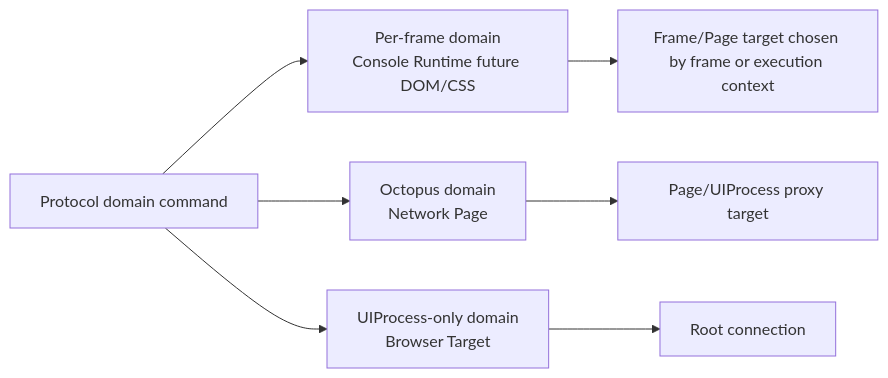
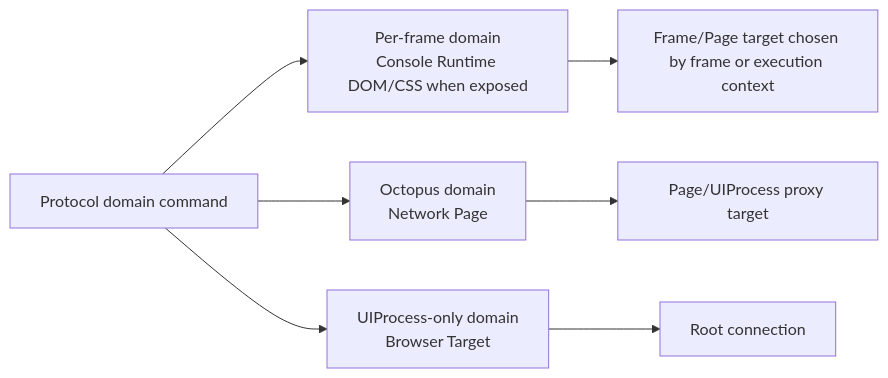
Before and after one commit to lynnswap/WebInspectorKit: the third of 3 diagrams in Sources/V2_WebInspectorCore/Docs/TransportResearch.md, drawn with Mermaid. The commit also changed other lines of this file and 10 other files, not shown here.

````diff
--- a/Sources/V2_WebInspectorCore/Docs/TransportResearch.md
+++ b/Sources/V2_WebInspectorCore/Docs/TransportResearch.md
@@ -118,14 +116,14 @@
 ```mermaid
 flowchart LR
     Domain["Protocol domain command"]
-    PerFrame["Per-frame domain<br/>Console Runtime future DOM/CSS"]
+    PerFrame["Per-frame domain<br/>Console Runtime DOM/CSS when exposed"]
     Octopus["Octopus domain<br/>Network Page"]
     UIOnly["UIProcess-only domain<br/>Browser Target"]
     FrameTarget["Frame/Page target chosen by frame or execution context"]
     PageProxy["Page/UIProcess proxy target"]
     Root["Root connection"]
 
     Domain --> PerFrame --> FrameTarget
     Domain --> Octopus --> PageProxy
     Domain --> UIOnly --> Root
 ```
````
